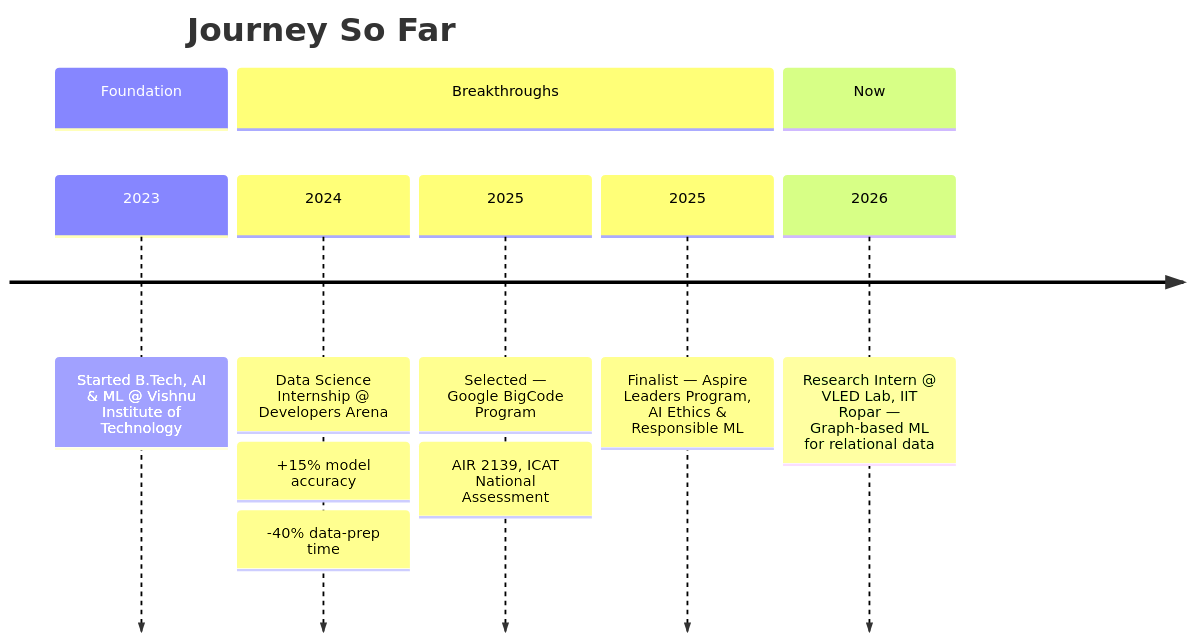
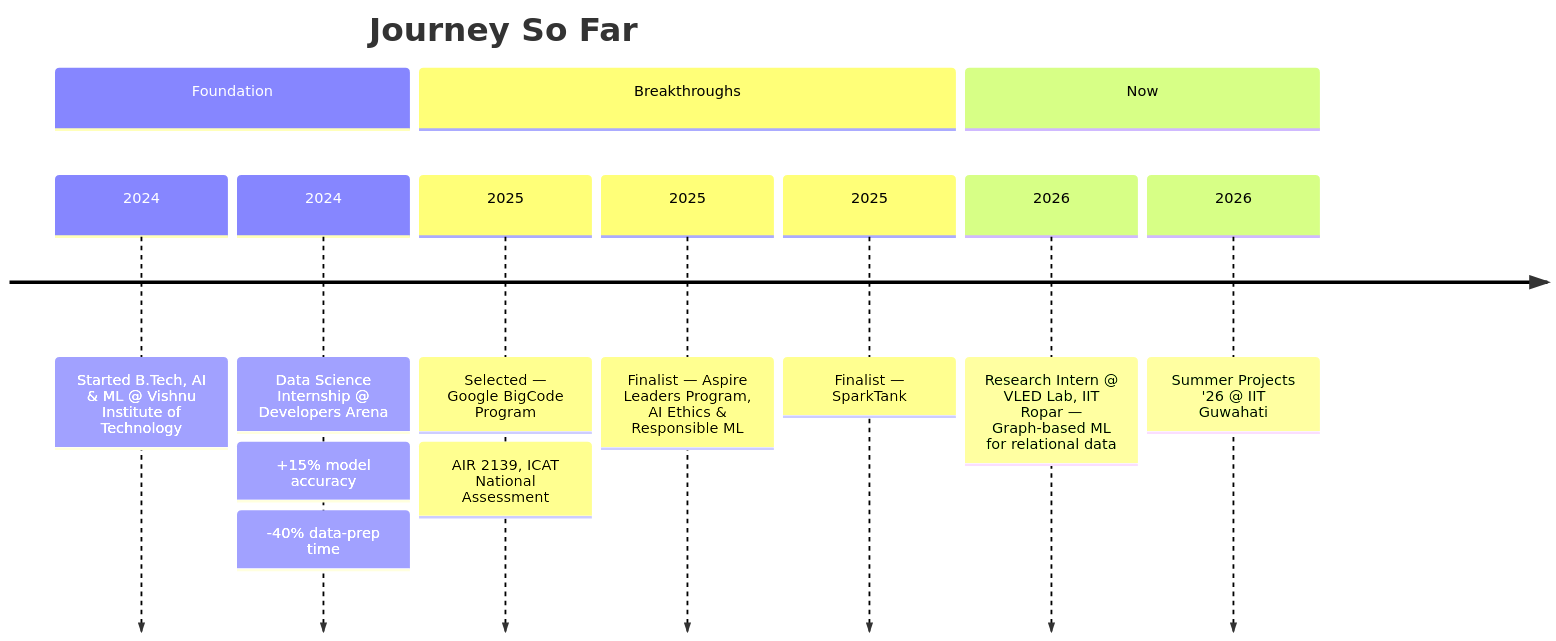
The second of 2 diagrams in README.md (kanth071/kanth071), drawn with Mermaid before and after one commit. The commit also changed other lines of this file, not shown here.

````diff
--- a/README.md
+++ b/README.md
@@ -162,12 +162,14 @@
 ```mermaid
 timeline
     title Journey So Far
     section Foundation
-        2023 : Started B.Tech, AI & ML @ Vishnu Institute of Technology
+        2024 : Started B.Tech, AI & ML @ Vishnu Institute of Technology
+        2024 : Data Science Internship @ Developers Arena : +15% model accuracy : -40% data-prep time
     section Breakthroughs
-        2024 : Data Science Internship @ Developers Arena : +15% model accuracy : -40% data-prep time
         2025 : Selected — Google BigCode Program : AIR 2139, ICAT National Assessment
         2025 : Finalist — Aspire Leaders Program, AI Ethics & Responsible ML
+        2025 : Finalist — SparkTank
     section Now
         2026 : Research Intern @ VLED Lab, IIT Ropar — Graph-based ML for relational data
+        2026 : Summer Projects '26 @ IIT Guwahati
 ```
````
